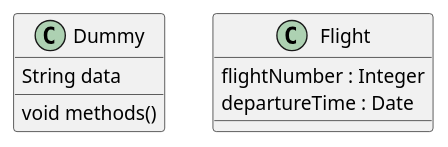
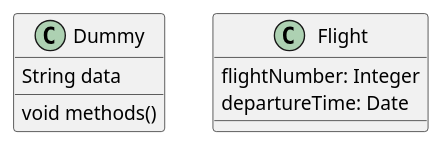
The diagram in class-diagram/class-diagram-sp.plantuml (binderclip/code-snippets-plantuml), drawn with PlantUML before and after one commit.

```diff
--- a/class-diagram/class-diagram-sp.plantuml
+++ b/class-diagram/class-diagram-sp.plantuml
@@ -1,12 +1,11 @@
 @startuml class-diagram-sp
-
 class Dummy {
-  String data
-  void methods()
+    String data
+    void methods()
 }
 
 class Flight {
-   flightNumber : Integer
-   departureTime : Date
+    flightNumber: Integer
+    departureTime: Date
 }
 @enduml
```
